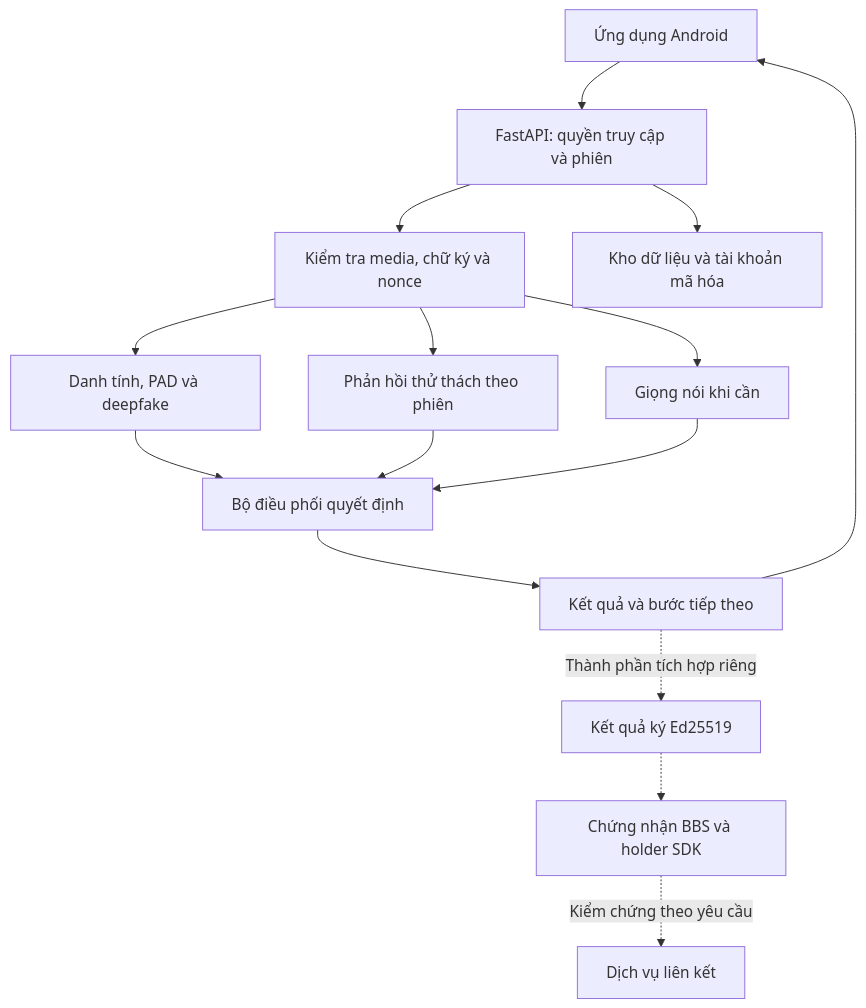
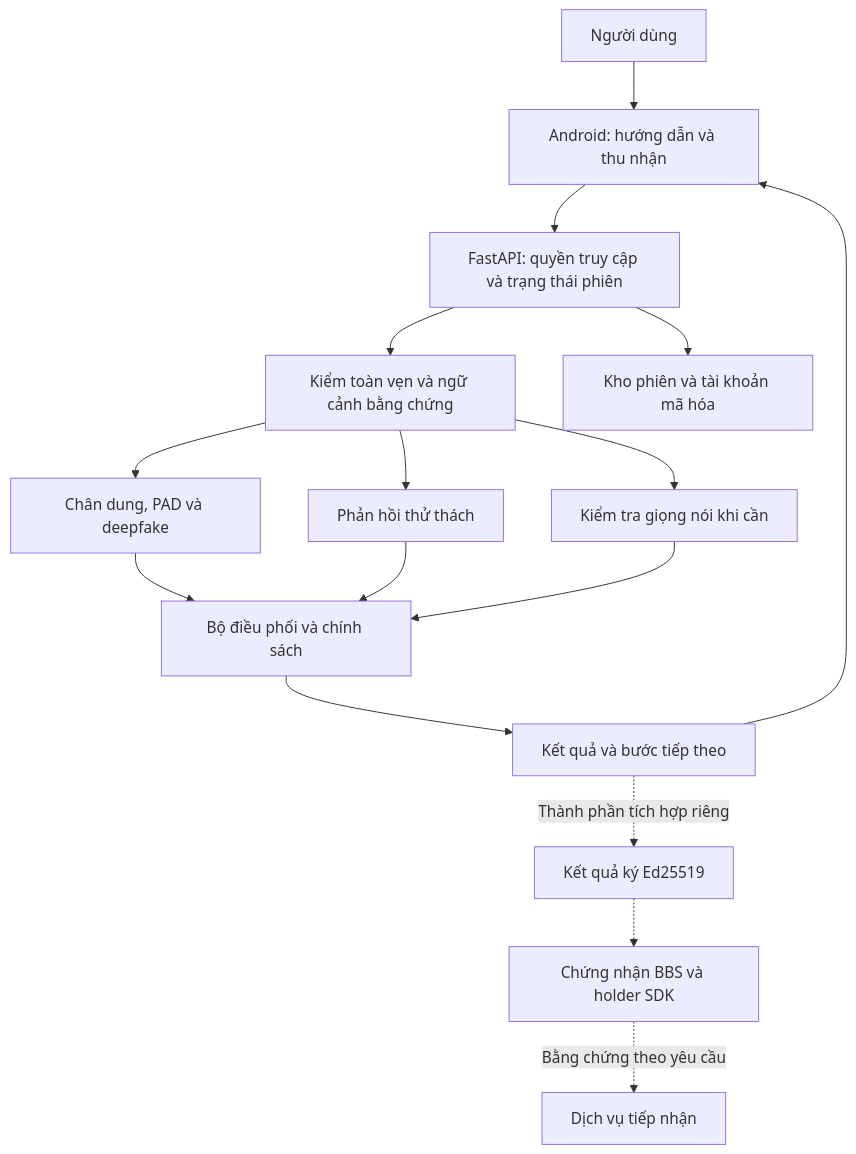
The diagram in README.md (AIVIETNAM-AIO-QP09/vericlue), drawn with Mermaid before and after one commit. The commit also changed other lines of this file and 3 other files, not shown here.

````diff
--- a/README.md
+++ b/README.md
@@ -85,17 +72,18 @@
 ```mermaid
 flowchart TB
-    App[Ứng dụng Android] --> API[FastAPI: quyền truy cập và phiên]
-    API --> Proof[Kiểm tra media, chữ ký và nonce]
-    Proof --> Face[Danh tính, PAD và deepfake]
-    Proof --> Presence[Phản hồi thử thách theo phiên]
-    Proof --> Voice[Giọng nói khi cần]
-    Face --> Router[Bộ điều phối quyết định]
-    Presence --> Router
-    Voice --> Router
-    Router --> Result[Kết quả và bước tiếp theo]
-    Result --> App
-    API --> Store[Kho dữ liệu và tài khoản mã hóa]
-    Result -. Thành phần tích hợp riêng .-> Signed[Kết quả ký Ed25519]
-    Signed -.-> BBS[Chứng nhận BBS và holder SDK]
-    BBS -. Kiểm chứng theo yêu cầu .-> Service[Dịch vụ liên kết]
+    User[Người dùng] --> App[Android: hướng dẫn và thu nhận]
+    App --> API[FastAPI: quyền truy cập và trạng thái phiên]
+    API --> Evidence[Kiểm toàn vẹn và ngữ cảnh bằng chứng]
+    Evidence --> Face[Chân dung, PAD và deepfake]
+    Evidence --> Presence[Phản hồi thử thách]
+    Evidence --> Voice[Kiểm tra giọng nói khi cần]
+    Face --> Policy[Bộ điều phối và chính sách]
+    Presence --> Policy
+    Voice --> Policy
+    Policy --> Outcome[Kết quả và bước tiếp theo]
+    Outcome --> App
+    API --> Vault[Kho phiên và tài khoản mã hóa]
+    Outcome -. Thành phần tích hợp riêng .-> Signed[Kết quả ký Ed25519]
+    Signed -.-> Credentials[Chứng nhận BBS và holder SDK]
+    Credentials -. Bằng chứng theo yêu cầu .-> Service[Dịch vụ tiếp nhận]
 ```
````
